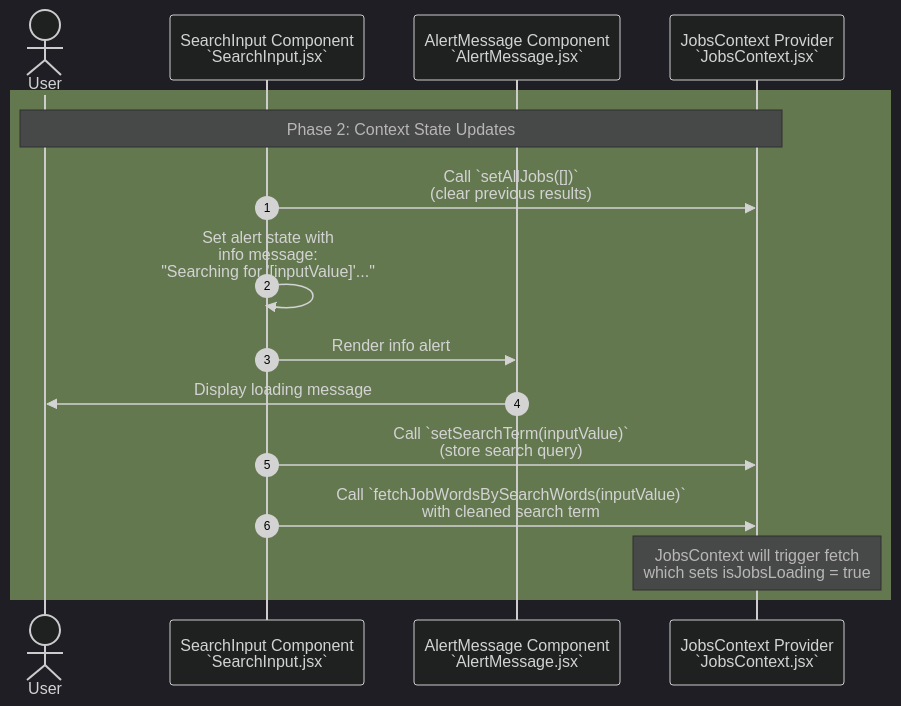
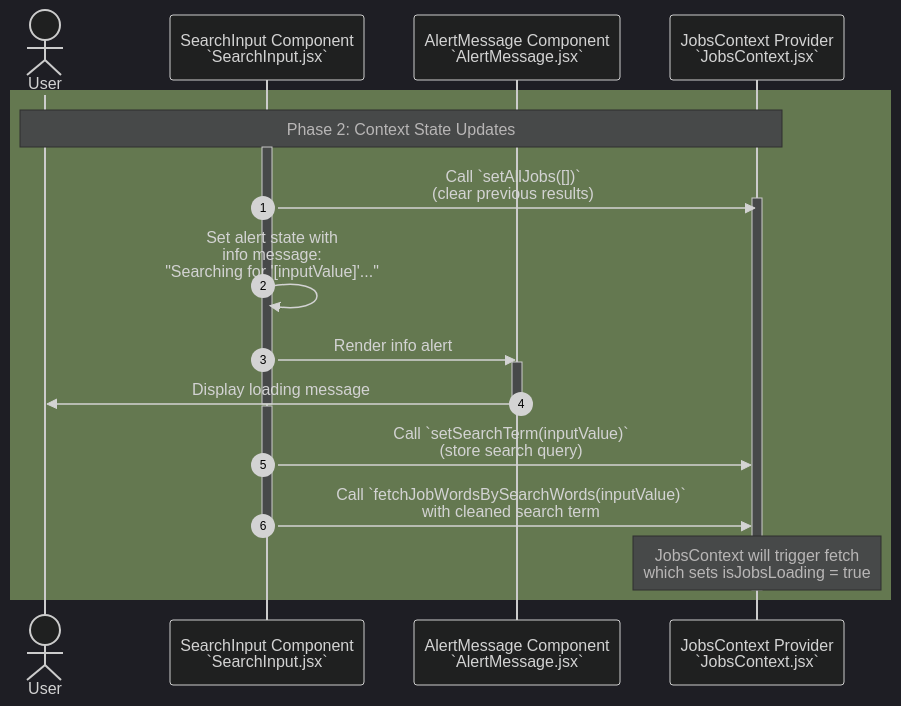
The diagram in documentation/jobFetch/jobFetch-Phase2.md (YahyaAl-Ademi/2025.10.23-JobCompass), drawn with Mermaid before and after one commit. The commit also changed 5 other files, not shown here.

Commit message:
Refine job fetch documentation with enhanced sequence diagrams for phases 1 to 6, incorporating activation and deactivation states for components, improving clarity on the flow of input validation, context updates, travel details fetching, and result display.

````diff
--- a/documentation/jobFetch/jobFetch-Phase2.md
+++ b/documentation/jobFetch/jobFetch-Phase2.md
@@ -1,20 +1,36 @@
 ```mermaid
 %%{init: {'theme': 'dark', 'themeVariables': { 'primaryColor':'#1a1a1a', 'primaryBorderColor':'#4a9eff', 'lineColor':'#4a9eff', 'tertiaryColor':'#2a2a2a', 'tertiaryBorderColor':'#4a9eff', 'tertiaryTextColor':'#ffffff'}, 'sequence': {'actorMargin': 50}}}%%
 sequenceDiagram
     autonumber
     actor User
     participant SearchInput as SearchInput Component<br/>`SearchInput.jsx`
     participant AlertMessage as AlertMessage Component<br/>`AlertMessage.jsx`
     participant JobsContext as JobsContext Provider<br/>`JobsContext.jsx`
 
     rect rgb(100, 120, 80)
     Note over User,JobsContext: Phase 2: Context State Updates
+    activate SearchInput
     SearchInput->>JobsContext: Call `setAllJobs([])`<br/>(clear previous results)
+    activate JobsContext
+    deactivate SearchInput
+
+    activate SearchInput
     SearchInput->>SearchInput: Set alert state with<br/>info message:<br/>"Searching for '[inputValue]'..."
     SearchInput->>AlertMessage: Render info alert
+    activate AlertMessage
     AlertMessage->>User: Display loading message
+    deactivate AlertMessage
+    deactivate SearchInput
+
+    activate SearchInput
     SearchInput->>JobsContext: Call `setSearchTerm(inputValue)`<br/>(store search query)
+    deactivate SearchInput
+
+    activate SearchInput
     SearchInput->>JobsContext: Call `fetchJobWordsBySearchWords(inputValue)`<br/>with cleaned search term
+    deactivate SearchInput
+
     Note over JobsContext: JobsContext will trigger fetch<br/>which sets isJobsLoading = true
+    deactivate JobsContext
     end
 ```
````
